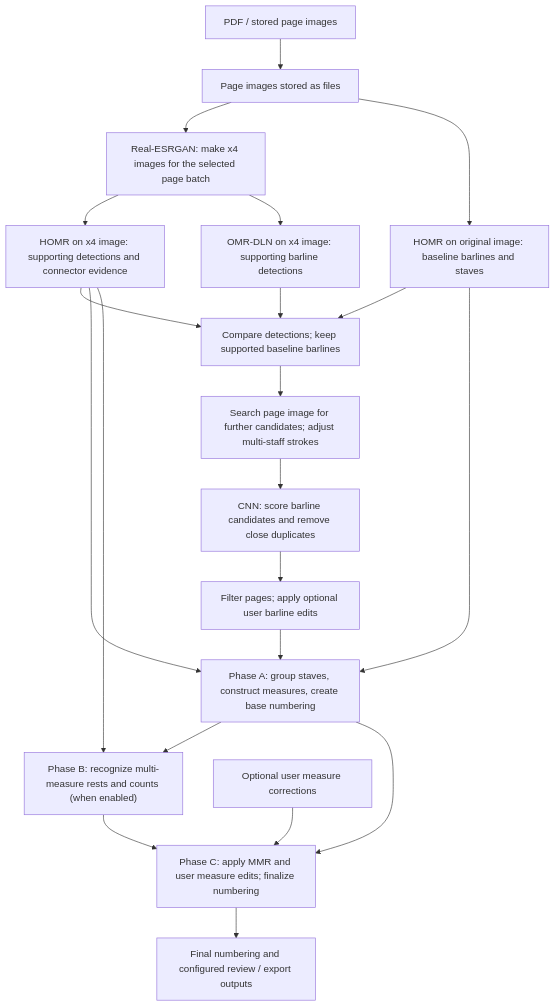
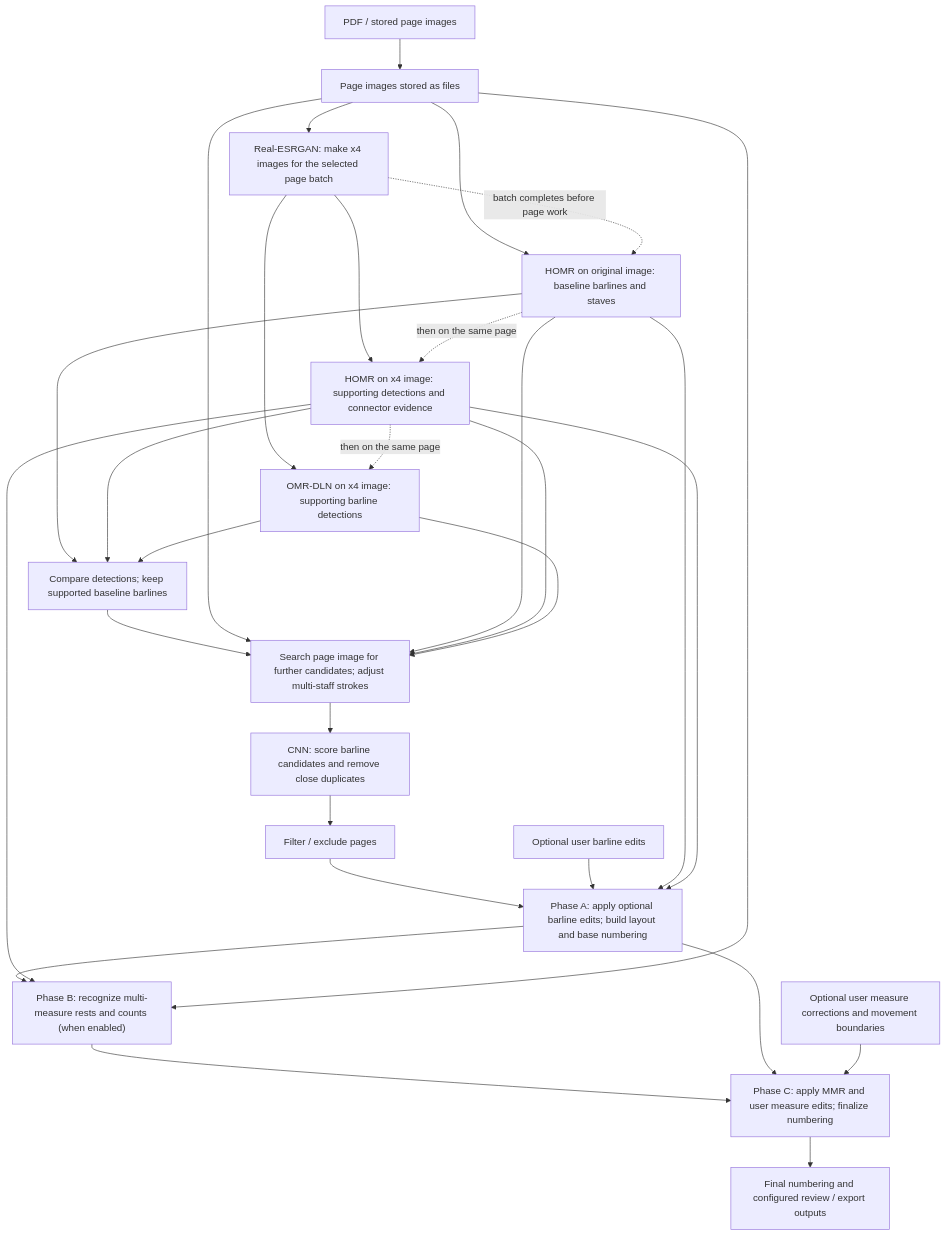
One commit to M763468/PDFScoreBar changed the diagram in docs/PIPELINE_ARCHITECTURE.md. Above: the diagram before and after it, drawn with Mermaid. The commit also changed other lines of this file and 3 other files, not shown here.

Commit message:
docs: validate reader-oriented architecture rewrite

````diff
--- a/docs/PIPELINE_ARCHITECTURE.md
+++ b/docs/PIPELINE_ARCHITECTURE.md
@@ -25,23 +33,32 @@
 ```mermaid
 flowchart TD
   I["PDF / stored page images"] --> P["Page images stored as files"]
   P --> SR["Real-ESRGAN: make x4 images for the selected page batch"]
   P --> H1["HOMR on original image: baseline barlines and staves"]
+  SR -. "batch completes before page work" .-> H1
   SR --> H2["HOMR on x4 image: supporting detections and connector evidence"]
   SR --> OMR["OMR-DLN on x4 image: supporting barline detections"]
+  H1 -. "then on the same page" .-> H2
+  H2 -. "then on the same page" .-> OMR
   H1 --> HC["Compare detections; keep supported baseline barlines"]
   H2 --> HC
   OMR --> HC
   HC --> PR["Search page image for further candidates; adjust multi-staff strokes"]
+  P --> PR
+  H1 --> PR
+  H2 --> PR
+  OMR --> PR
   PR --> CNN["CNN: score barline candidates and remove close duplicates"]
-  CNN --> F["Filter pages; apply optional user barline edits"]
-  F --> A["Phase A: group staves, construct measures, create base numbering"]
+  CNN --> F["Filter / exclude pages"]
+  F --> A["Phase A: apply optional barline edits; build layout and base numbering"]
+  UB["Optional user barline edits"] --> A
   H1 --> A
   H2 --> A
   A --> B["Phase B: recognize multi-measure rests and counts (when enabled)"]
   H2 --> B
+  P --> B
   B --> C["Phase C: apply MMR and user measure edits; finalize numbering"]
   A --> C
-  U["Optional user measure corrections"] --> C
+  U["Optional user measure corrections and movement boundaries"] --> C
   C --> O["Final numbering and configured review / export outputs"]
 ```
````
